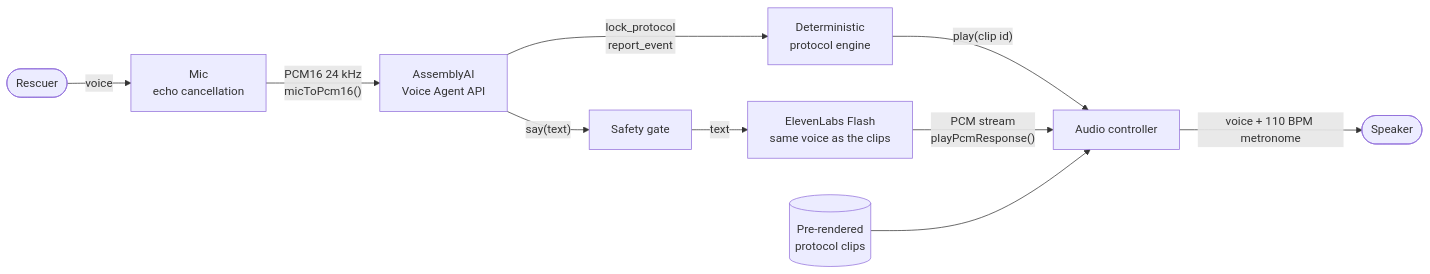
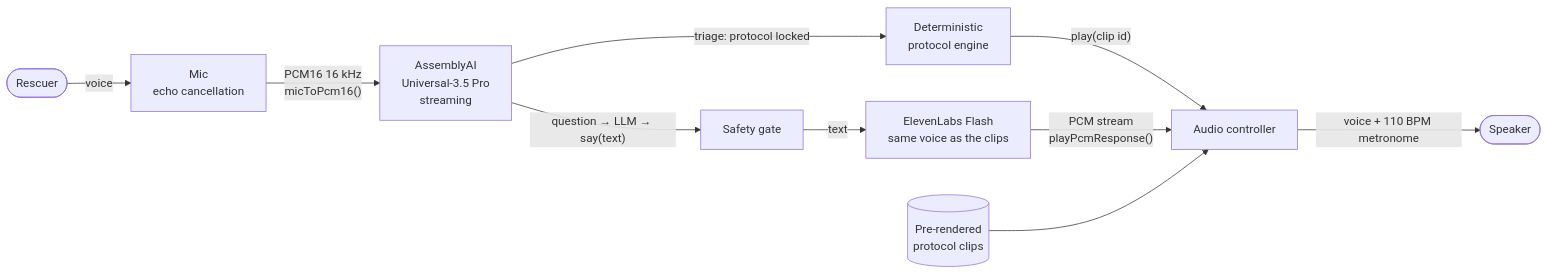
The diagram in README.md (Lawzz1/keepalive-voice-layer), drawn with Mermaid before and after one commit. The commit also changed other lines of this file and 14 other files, not shown here.

First line of the commit message:
Match the engine's wording; correct the architecture to streaming STT

````diff
--- a/README.md
+++ b/README.md
@@ -19,12 +19,12 @@
 ```mermaid
 flowchart LR
     R([Rescuer]) -- voice --> MIC[Mic<br/>echo cancellation]
-    MIC -- "PCM16 24 kHz<br/>micToPcm16()" --> VA[AssemblyAI<br/>Voice Agent API]
-    VA -- "lock_protocol<br/>report_event" --> ENG[Deterministic<br/>protocol engine]
-    VA -- "say(text)" --> GATE[Safety gate]
+    MIC -- "PCM16 16 kHz<br/>micToPcm16()" --> VA[AssemblyAI<br/>Universal-3.5 Pro<br/>streaming]
+    VA -- "triage: protocol locked" --> ENG[Deterministic<br/>protocol engine]
+    VA -- "question → LLM → say(text)" --> GATE[Safety gate]
     ENG -- "play(clip id)" --> AC
     GATE -- text --> TTS[ElevenLabs Flash<br/>same voice as the clips]
     TTS -- "PCM stream<br/>playPcmResponse()" --> AC[Audio controller]
     CLIPS[(Pre-rendered<br/>protocol clips)] --> AC
     AC -- "voice + 110 BPM metronome" --> SPK([Speaker])
 ```
````
